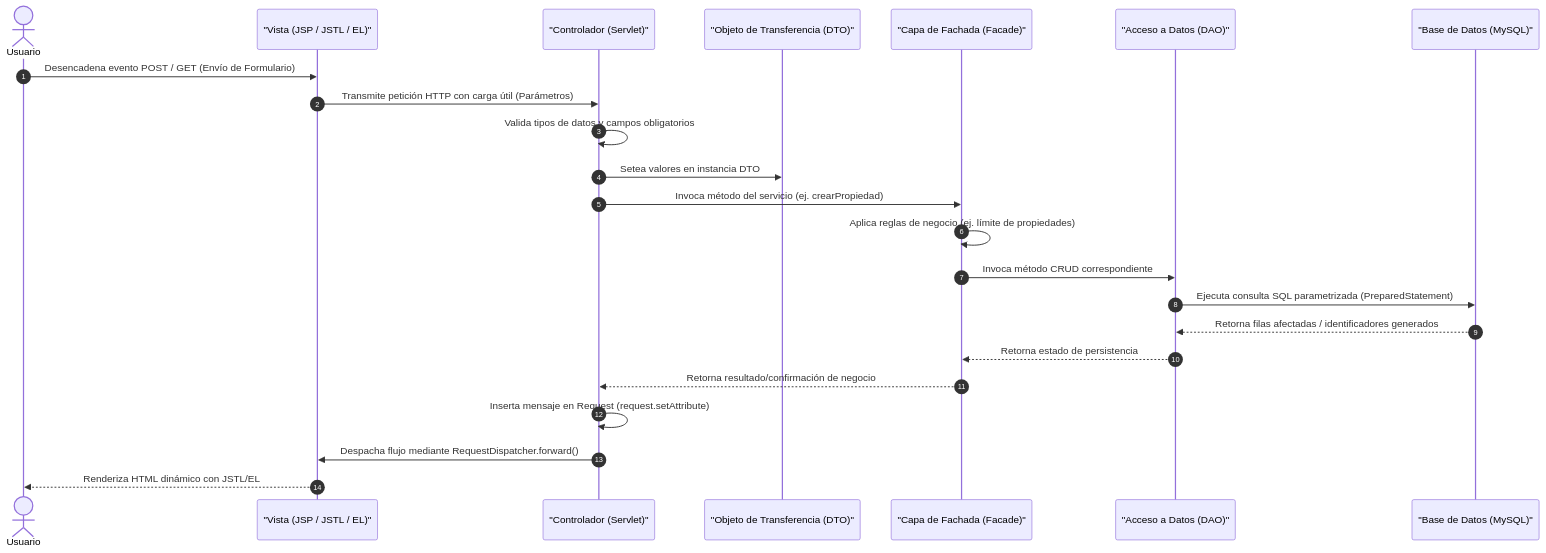
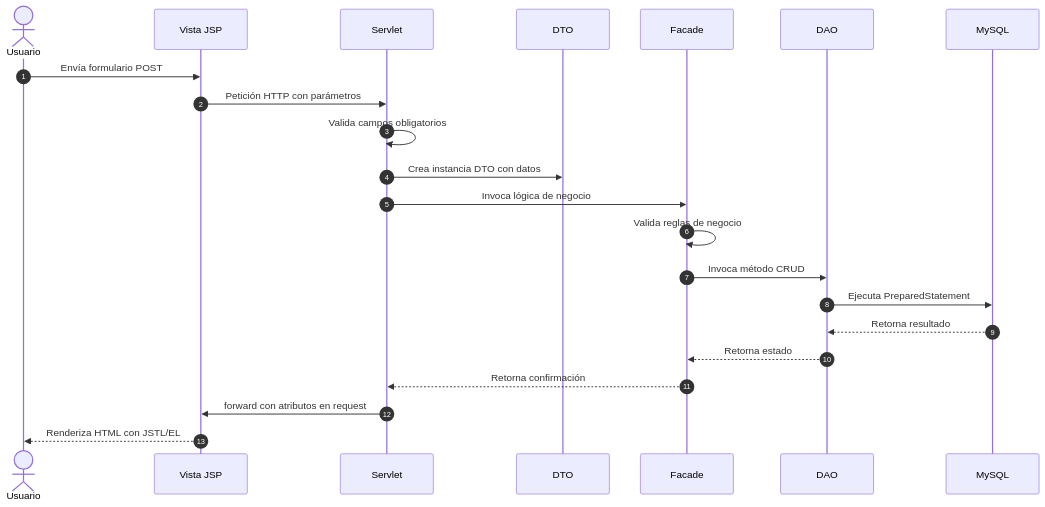
Before and after one commit to JeremiAlex04/Portal-Inmobiliario: the first of 3 diagrams in README.md, drawn with Mermaid. The commit also changed other lines of this file, not shown here.

````diff
--- a/README.md
+++ b/README.md
@@ -49,26 +51,25 @@
 ```mermaid
 sequenceDiagram
     autonumber
     actor Usuario
-    participant JSP as "Vista (JSP / JSTL / EL)"
-    participant Servlet as "Controlador (Servlet)"
-    participant DTO as "Objeto de Transferencia (DTO)"
-    participant Facade as "Capa de Fachada (Facade)"
-    participant DAO as "Acceso a Datos (DAO)"
-    participant DB as "Base de Datos (MySQL)"
+    participant V as Vista JSP
+    participant C as Servlet
+    participant D as DTO
+    participant F as Facade
+    participant A as DAO
+    participant B as MySQL
 
-    Usuario->>JSP: Desencadena evento POST / GET (Envío de Formulario)
-    JSP->>Servlet: Transmite petición HTTP con carga útil (Parámetros)
-    Servlet->>Servlet: Valida tipos de datos y campos obligatorios
-    Servlet->>DTO: Setea valores en instancia DTO
-    Servlet->>Facade: Invoca método del servicio (ej. crearPropiedad)
-    Facade->>Facade: Aplica reglas de negocio (ej. límite de propiedades)
-    Facade->>DAO: Invoca método CRUD correspondiente
-    DAO->>DB: Ejecuta consulta SQL parametrizada (PreparedStatement)
-    DB-->>DAO: Retorna filas afectadas / identificadores generados
-    DAO-->>Facade: Retorna estado de persistencia
-    Facade-->>Servlet: Retorna resultado/confirmación de negocio
-    Servlet->>Servlet: Inserta mensaje en Request (request.setAttribute)
-    Servlet->>JSP: Despacha flujo mediante RequestDispatcher.forward()
-    JSP-->>Usuario: Renderiza HTML dinámico con JSTL/EL
+    Usuario->>V: Envía formulario POST
+    V->>C: Petición HTTP con parámetros
+    C->>C: Valida campos obligatorios
+    C->>D: Crea instancia DTO con datos
+    C->>F: Invoca lógica de negocio
+    F->>F: Valida reglas de negocio
+    F->>A: Invoca método CRUD
+    A->>B: Ejecuta PreparedStatement
+    B-->>A: Retorna resultado
+    A-->>F: Retorna estado
+    F-->>C: Retorna confirmación
+    C->>V: forward con atributos en request
+    V-->>Usuario: Renderiza HTML con JSTL/EL
 ```
````
